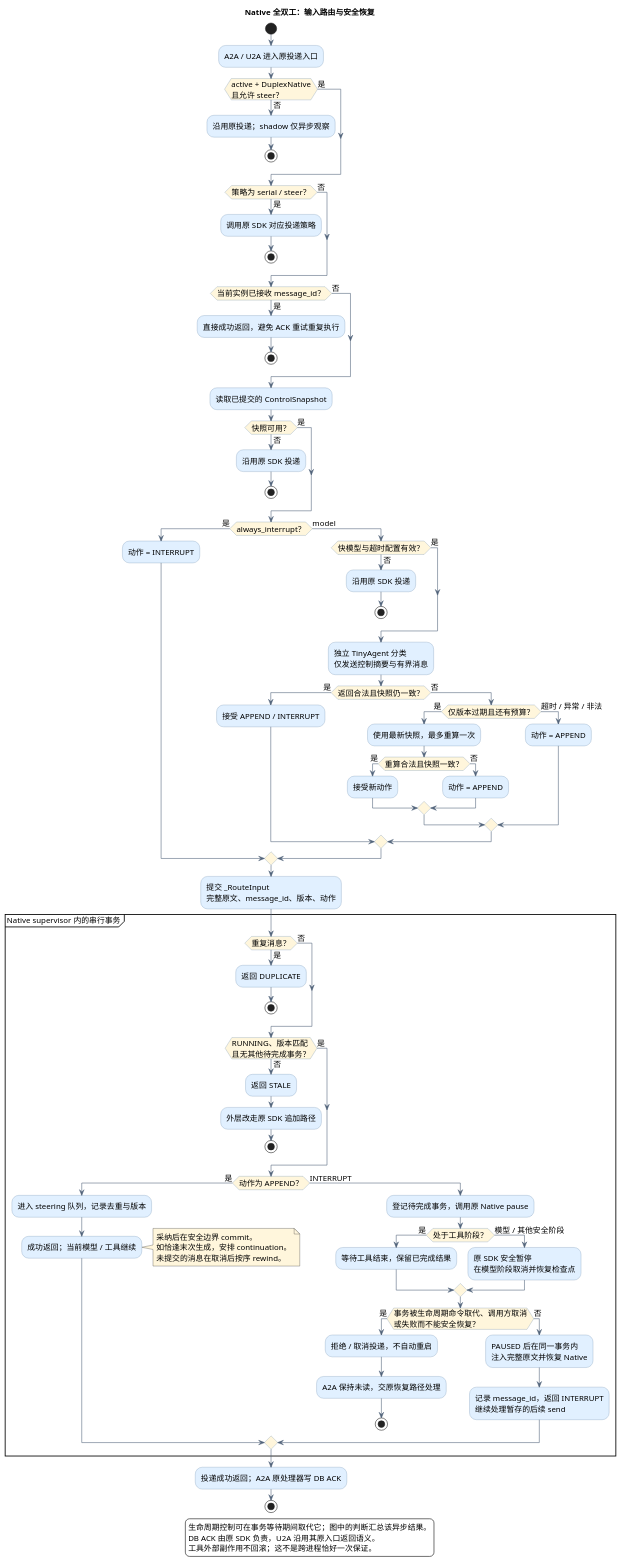
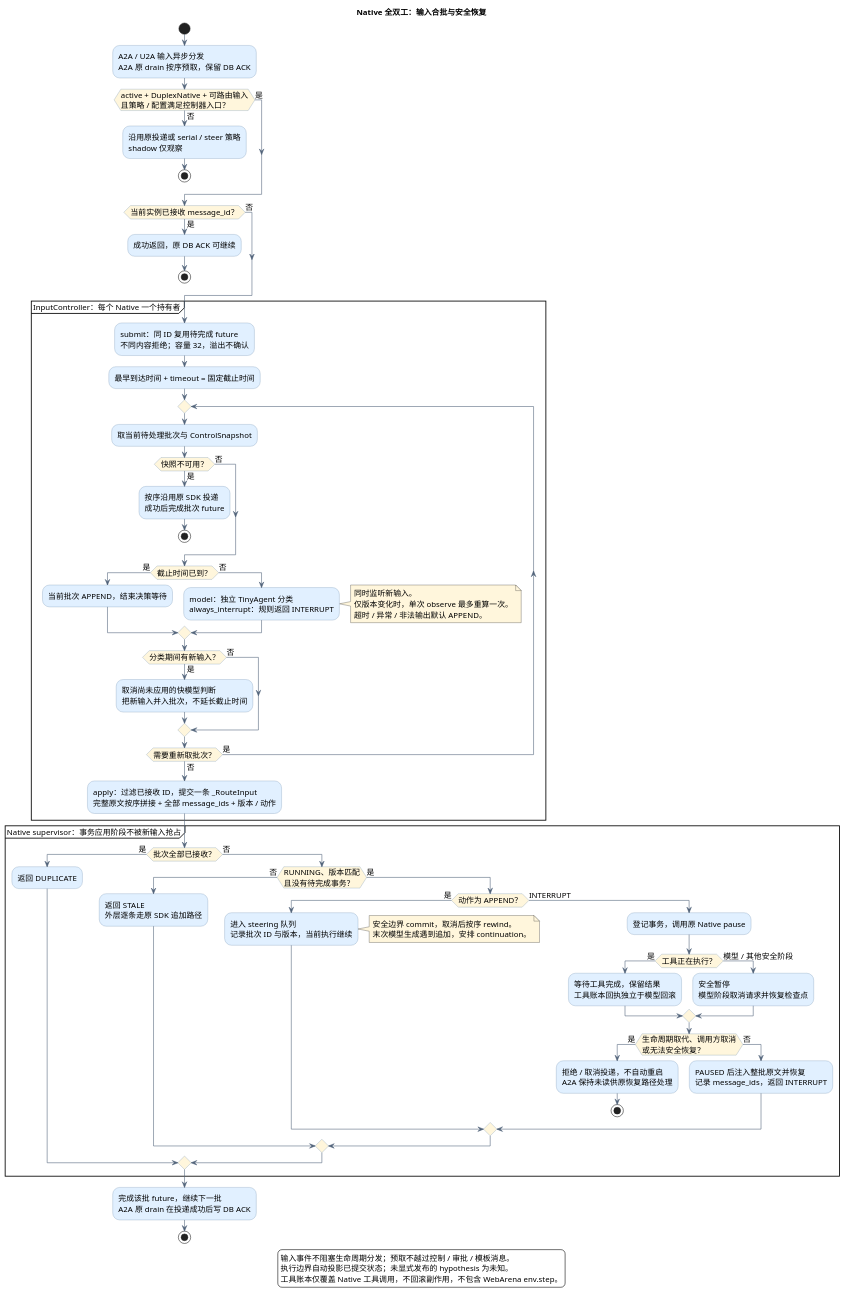
The diagram in docs/diagrams/duplex-routing-flow.puml (zuiho-kai/jiuwenswarm), drawn with PlantUML before and after one commit. The commit also changed 24 other files, not shown here.

Commit message:
fix(duplex): keep input decisions live and route benchmark messages through Jiuwen DB

```diff
--- a/docs/diagrams/duplex-routing-flow.puml
+++ b/docs/diagrams/duplex-routing-flow.puml
@@ -1,106 +1,90 @@
 @startuml duplex-routing-flow
-title Native 全双工：输入路由与安全恢复
+title Native 全双工：输入合批与安全恢复
 skinparam defaultFontName Microsoft YaHei
 skinparam defaultFontSize 14
 skinparam shadowing false
 skinparam ArrowColor #52647A
 skinparam activityBackgroundColor #E1F0FF
 skinparam activityBorderColor #6A8BAB
 skinparam activityDiamondBackgroundColor #FFF6DC
 skinparam noteBackgroundColor #FFF6DC
 skinparam backgroundColor #FFFFFF
 
 start
-:A2A / U2A 进入原投递入口;
-if (active + DuplexNative\n且允许 steer？) then (否)
-  :沿用原投递；shadow 仅异步观察;
+:A2A / U2A 输入异步分发\nA2A 原 drain 按序预取，保留 DB ACK;
+if (active + DuplexNative + 可路由输入\n且策略 / 配置满足控制器入口？) then (否)
+  :沿用原投递或 serial / steer 策略\nshadow 仅观察;
   stop
 else (是)
 endif
-if (策略为 serial / steer？) then (是)
-  :调用原 SDK 对应投递策略;
+if (当前实例已接收 message_id？) then (是)
+  :成功返回，原 DB ACK 可继续;
   stop
 else (否)
 endif
-if (当前实例已接收 message_id？) then (是)
-  :直接成功返回，避免 ACK 重试重复执行;
-  stop
-else (否)
-endif
-:读取已提交的 ControlSnapshot;
-if (快照可用？) then (否)
-  :沿用原 SDK 投递;
-  stop
-else (是)
-endif
-if (always_interrupt？) then (是)
-  :动作 = INTERRUPT;
-else (model)
-  if (快模型与超时配置有效？) then (否)
-    :沿用原 SDK 投递;
-    stop
-  else (是)
-  endif
-  :独立 TinyAgent 分类\n仅发送控制摘要与有界消息;
-  if (返回合法且快照仍一致？) then (是)
-    :接受 APPEND / INTERRUPT;
-  else (否)
-    if (仅版本过期且还有预算？) then (是)
-      :使用最新快照，最多重算一次;
-      if (重算合法且快照一致？) then (是)
-        :接受新动作;
-      else (否)
-        :动作 = APPEND;
-      endif
-    else (超时 / 异常 / 非法)
-      :动作 = APPEND;
-    endif
-  endif
-endif
-:提交 _RouteInput\n完整原文、message_id、版本、动作;
-partition "Native supervisor 内的串行事务" {
-  if (重复消息？) then (是)
-    :返回 DUPLICATE;
-    stop
-  else (否)
-  endif
-  if (RUNNING、版本匹配\n且无其他待完成事务？) then (否)
-    :返回 STALE;
-    :外层改走原 SDK 追加路径;
-    stop
-  else (是)
-  endif
-  if (动作为 APPEND？) then (是)
-    :进入 steering 队列，记录去重与版本;
-    :成功返回；当前模型 / 工具继续;
-    note right
-      采纳后在安全边界 commit。
-      如恰逢末次生成，安排 continuation。
-      未提交的消息在取消后按序 rewind。
-    end note
-  else (INTERRUPT)
-    :登记待完成事务，调用原 Native pause;
-    if (处于工具阶段？) then (是)
-      :等待工具结束，保留已完成结果;
-    else (模型 / 其他安全阶段)
-      :原 SDK 安全暂停\n在模型阶段取消并恢复检查点;
-    endif
-    if (事务被生命周期命令取代、调用方取消\n或失败而不能安全恢复？) then (是)
-      :拒绝 / 取消投递，不自动重启;
-      :A2A 保持未读，交原恢复路径处理;
+partition "InputController：每个 Native 一个持有者" {
+  :submit：同 ID 复用待完成 future\n不同内容拒绝；容量 32，溢出不确认;
+  :最早到达时间 + timeout = 固定截止时间;
+  repeat
+    :取当前待处理批次与 ControlSnapshot;
+    if (快照不可用？) then (是)
+      :按序沿用原 SDK 投递\n成功后完成批次 future;
       stop
     else (否)
-      :PAUSED 后在同一事务内\n注入完整原文并恢复 Native;
-      :记录 message_id，返回 INTERRUPT\n继续处理暂存的后续 send;
+    endif
+    if (截止时间已到？) then (是)
+      :当前批次 APPEND，结束决策等待;
+    else (否)
+      :model：独立 TinyAgent 分类\nalways_interrupt：规则返回 INTERRUPT;
+      note right
+        同时监听新输入。
+        仅版本变化时，单次 observe 最多重算一次。
+        超时 / 异常 / 非法输出默认 APPEND。
+      end note
+    endif
+    if (分类期间有新输入？) then (是)
+      :取消尚未应用的快模型判断\n把新输入并入批次，不延长截止时间;
+    else (否)
+    endif
+  repeat while (需要重新取批次？) is (是) not (否)
+  :apply：过滤已接收 ID，提交一条 _RouteInput\n完整原文按序拼接 + 全部 message_ids + 版本 / 动作;
+}
+partition "Native supervisor：事务应用阶段不被新输入抢占" {
+  if (批次全部已接收？) then (是)
+    :返回 DUPLICATE;
+  else (否)
+    if (RUNNING、版本匹配\n且没有待完成事务？) then (否)
+      :返回 STALE\n外层逐条走原 SDK 追加路径;
+    else (是)
+      if (动作为 APPEND？) then (是)
+        :进入 steering 队列\n记录批次 ID 与版本，当前执行继续;
+        note right
+          安全边界 commit，取消后按序 rewind。
+          末次模型生成遇到追加，安排 continuation。
+        end note
+      else (INTERRUPT)
+        :登记事务，调用原 Native pause;
+        if (工具正在执行？) then (是)
+          :等待工具完成，保留结果\n工具账本回执独立于模型回滚;
+        else (模型 / 其他安全阶段)
+          :安全暂停\n模型阶段取消请求并恢复检查点;
+        endif
+        if (生命周期取代、调用方取消\n或无法安全恢复？) then (是)
+          :拒绝 / 取消投递，不自动重启\nA2A 保持未读供原恢复路径处理;
+          stop
+        else (否)
+          :PAUSED 后注入整批原文并恢复\n记录 message_ids，返回 INTERRUPT;
+        endif
+      endif
     endif
   endif
 }
-:投递成功返回；A2A 原处理器写 DB ACK;
+:完成该批 future，继续下一批\nA2A 原 drain 在投递成功后写 DB ACK;
 stop
 
 legend bottom
-生命周期控制可在事务等待期间取代它；图中的判断汇总该异步结果。
-DB ACK 由原 SDK 负责，U2A 沿用其原入口返回语义。
-工具外部副作用不回滚；这不是跨进程恰好一次保证。
+输入事件不阻塞生命周期分发；预取不越过控制 / 审批 / 模板消息。
+执行边界自动投影已提交状态；未显式发布的 hypothesis 为未知。
+工具账本仅覆盖 Native 工具调用，不回滚副作用，不包含 WebArena env.step。
 endlegend
 @enduml
```
